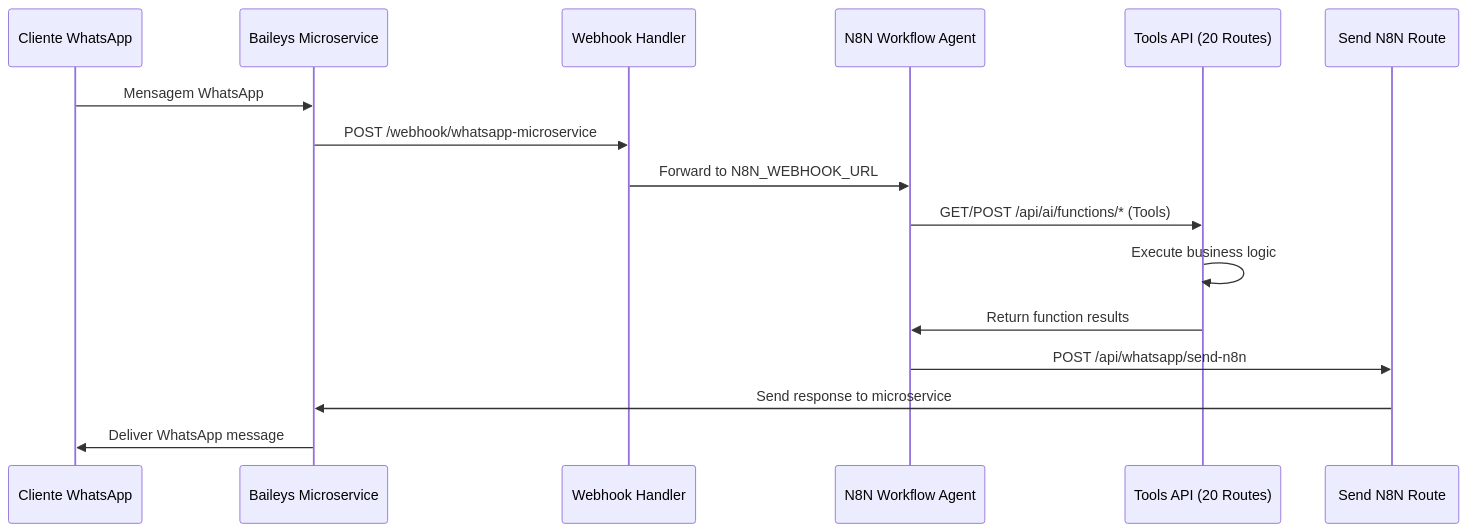
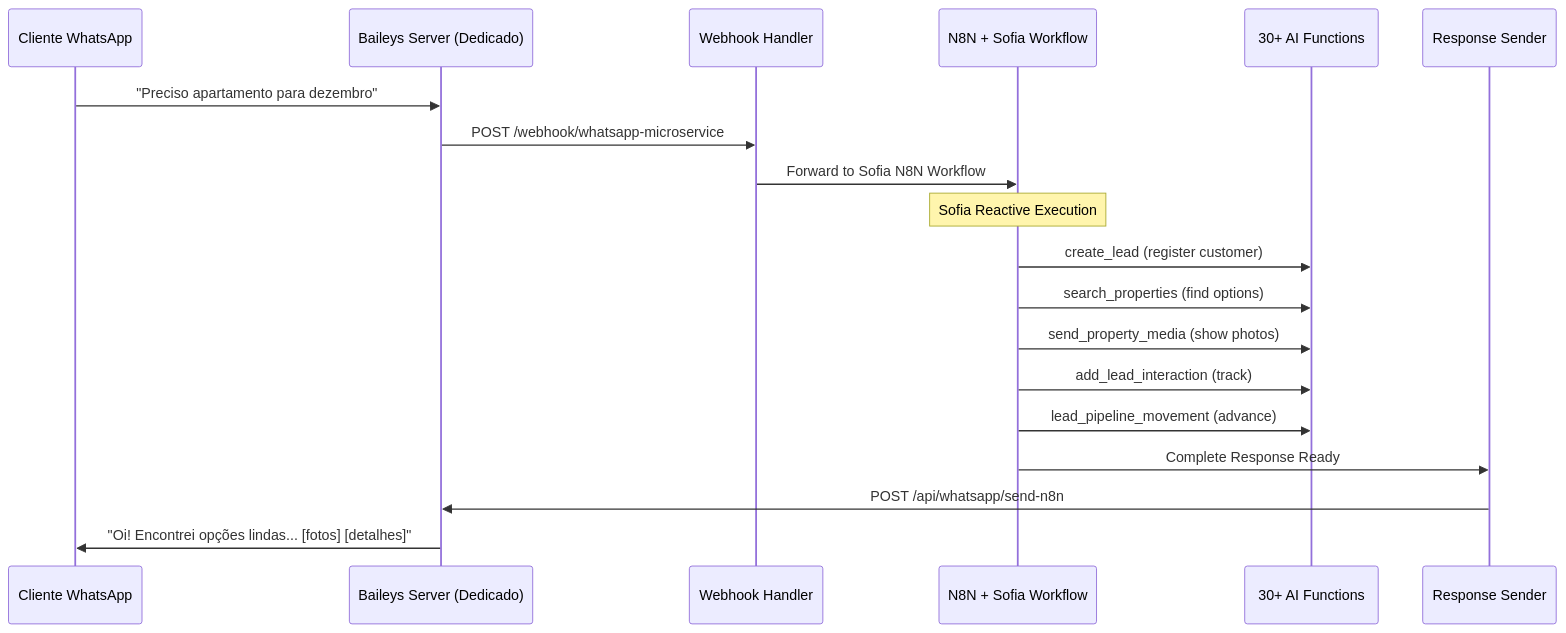
One commit to IgorGewehr/locai changed the diagram in README.md. Above: the diagram before and after it, drawn with Mermaid. The commit also changed other lines of this file and 6 other files, not shown here.

````diff
--- a/README.md
+++ b/README.md
@@ -105,19 +125,24 @@
 ```mermaid
 sequenceDiagram
     participant C as Cliente WhatsApp
-    participant B as Baileys Microservice  
+    participant B as Baileys Server (Dedicado)
     participant W as Webhook Handler
-    participant N as N8N Workflow Agent
-    participant T as Tools API (20 Routes)
-    participant S as Send N8N Route
-    
-    C->>B: Mensagem WhatsApp
+    participant N as N8N + Sofia Workflow
+    participant F as 30+ AI Functions
+    participant R as Response Sender
+
+    C->>B: "Preciso apartamento para dezembro"
     B->>W: POST /webhook/whatsapp-microservice
-    W->>N: Forward to N8N_WEBHOOK_URL
-    N->>T: GET/POST /api/ai/functions/* (Tools)
-    T->>T: Execute business logic
-    T->>N: Return function results
-    N->>S: POST /api/whatsapp/send-n8n
-    S->>B: Send response to microservice
-    B->>C: Deliver WhatsApp message
+    W->>N: Forward to Sofia N8N Workflow
+
+    Note over N: Sofia Reactive Execution
+    N->>F: create_lead (register customer)
+    N->>F: search_properties (find options)
+    N->>F: send_property_media (show photos)
+    N->>F: add_lead_interaction (track)
+    N->>F: lead_pipeline_movement (advance)
+
+    N->>R: Complete Response Ready
+    R->>B: POST /api/whatsapp/send-n8n
+    B->>C: "Oi! Encontrei opções lindas... [fotos] [detalhes]"
 ```
````
